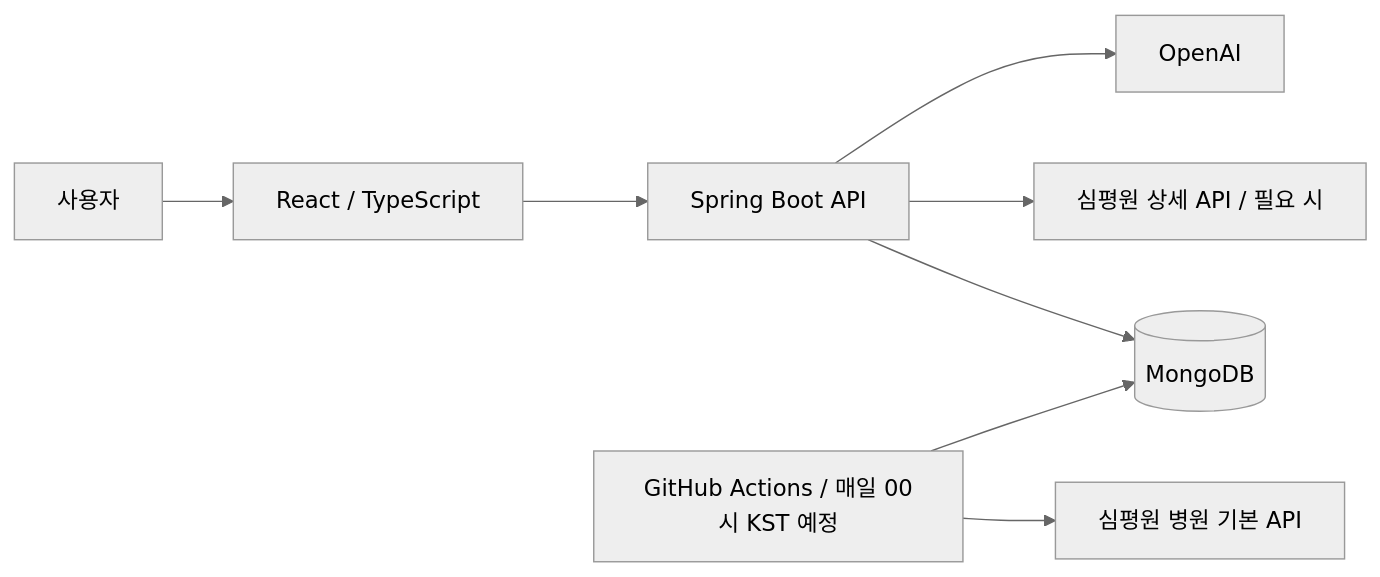
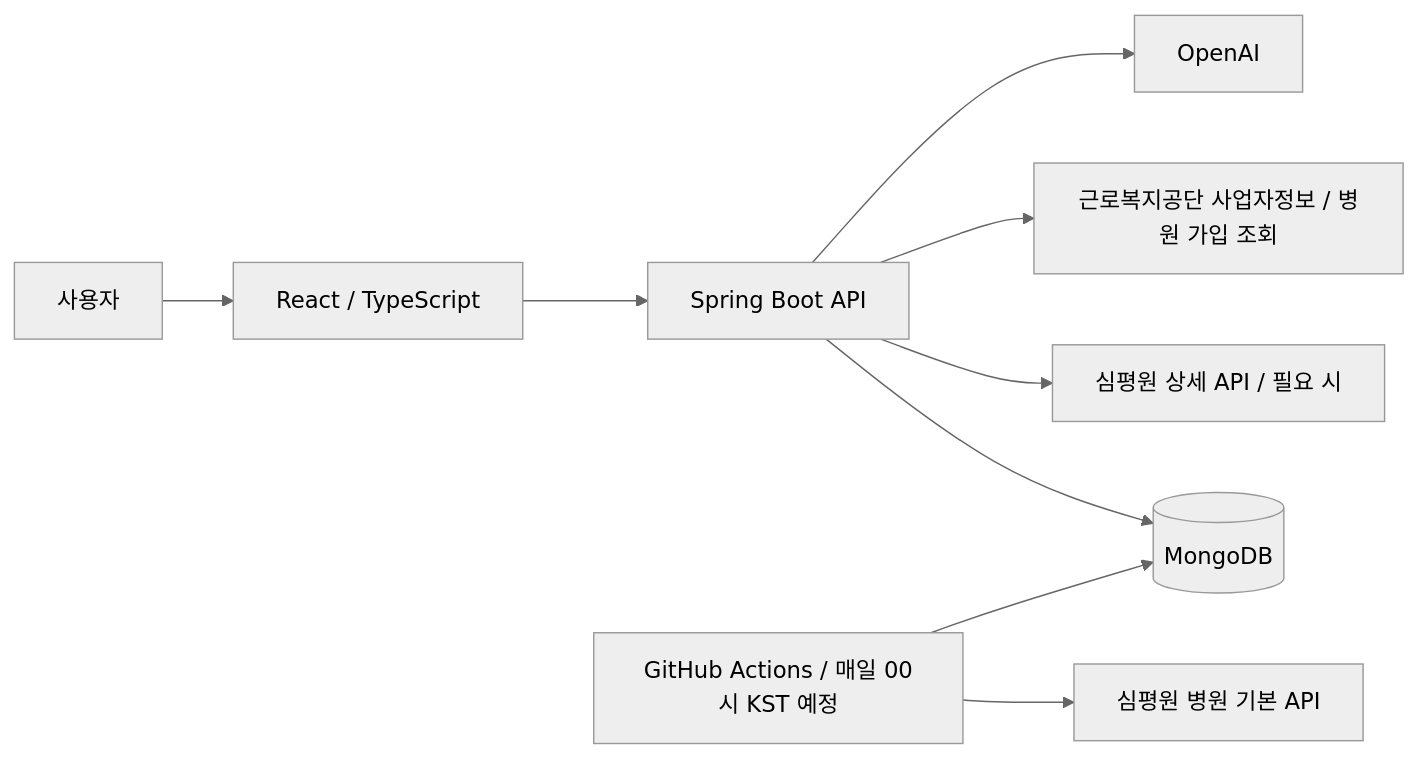
Before and after one commit to DavidPark04/hospital-reservation: the diagram in README.md, drawn with Mermaid (neutral theme). The commit also changed other lines of this file and 46 other files, not shown here.

````diff
--- a/README.md
+++ b/README.md
@@ -61,10 +62,11 @@
 ```mermaid
 flowchart LR
     User[사용자] --> FE[React / TypeScript]
     FE --> BE[Spring Boot API]
     BE --> DB[(MongoDB)]
     BE --> Detail[심평원 상세 API / 필요 시]
+    BE --> Business[근로복지공단 사업자정보 / 병원 가입 조회]
     Sync[GitHub Actions / 매일 00시 KST 예정] --> Basic[심평원 병원 기본 API]
     Sync --> DB
     BE --> AI[OpenAI]
 ```
````
